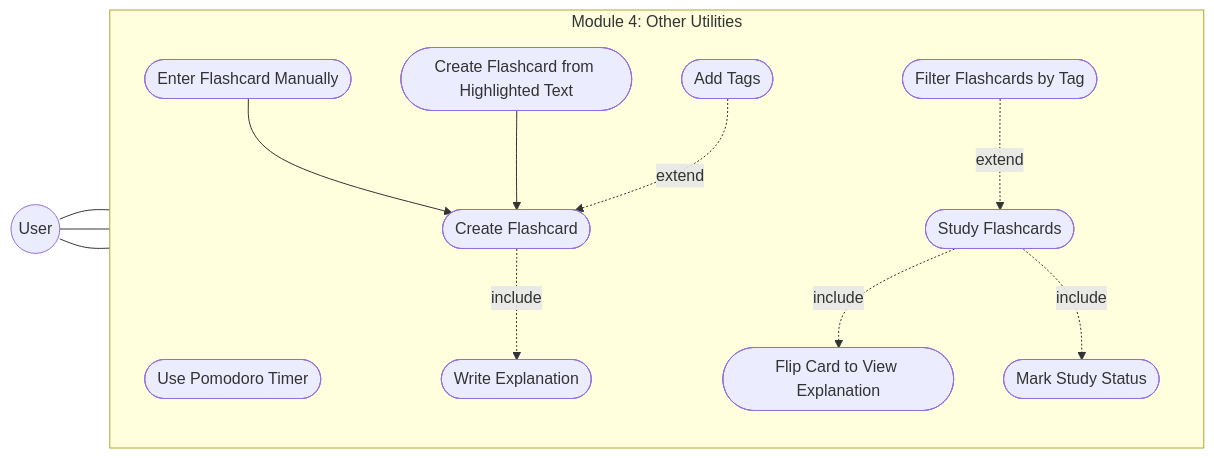
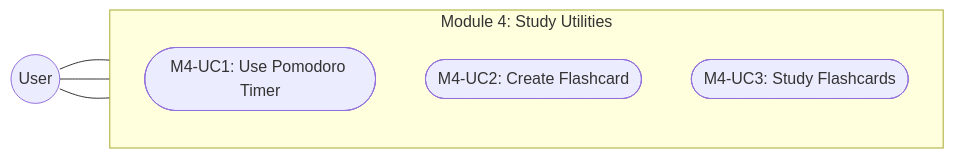
Before and after one commit to mthupham/STUDIFY: the fourth of 5 diagrams in submission/PA3-Group09/report.md, drawn with Mermaid. The commit also changed 23 other files, not shown here.

````diff
--- a/submission/PA3-Group09/report.md
+++ b/submission/PA3-Group09/report.md
@@ -222,35 +222,16 @@
 ``` mermaid
 flowchart LR
     User((User))
 
-    subgraph System["Module 4: Other Utilities"]
+    subgraph System["Module 4: Study Utilities"]
         direction TB
         
-        UC1(["Use Pomodoro Timer"])
-        
-        UC2(["Create Flashcard"])
-        UC2_1(["Enter Flashcard Manually"])
-        UC2_2(["Create Flashcard from Highlighted Text"])
-        UC2_3(["Write Explanation"])
-        UC2_4(["Add Tags"])
-
-        UC3(["Study Flashcards"])
-        UC3_1(["Filter Flashcards by Tag"])
-        UC3_2(["Flip Card to View Explanation"])
-        UC3_3(["Mark Study Status"])
+        UC1(["M4-UC1: Use Pomodoro Timer"])
+        UC2(["M4-UC2: Create Flashcard"])
+        UC3(["M4-UC3: Study Flashcards"])
     end
 
     User --- UC1
     User --- UC2
     User --- UC3
-
-    UC2_1 --> UC2
-    UC2_2 --> UC2
-
-    UC2 -.->|include| UC2_3
-    UC2_4 -.->|extend| UC2
-
-    UC3_1 -.->|extend| UC3
-    UC3 -.->|include| UC3_2
-    UC3 -.->|include| UC3_3
 ```
````
